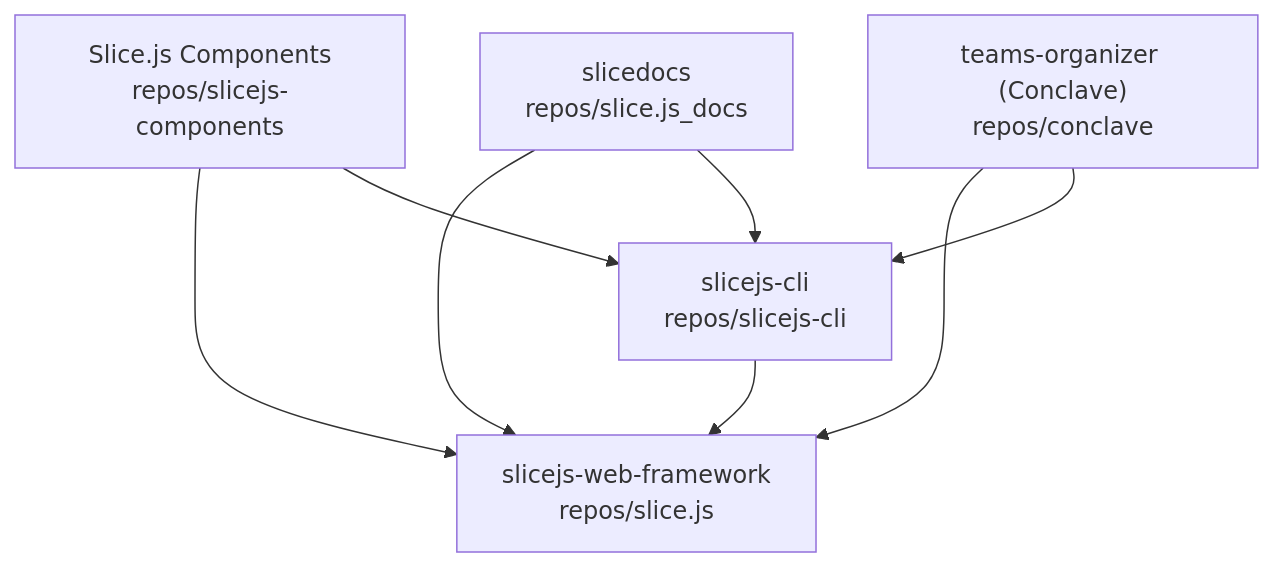
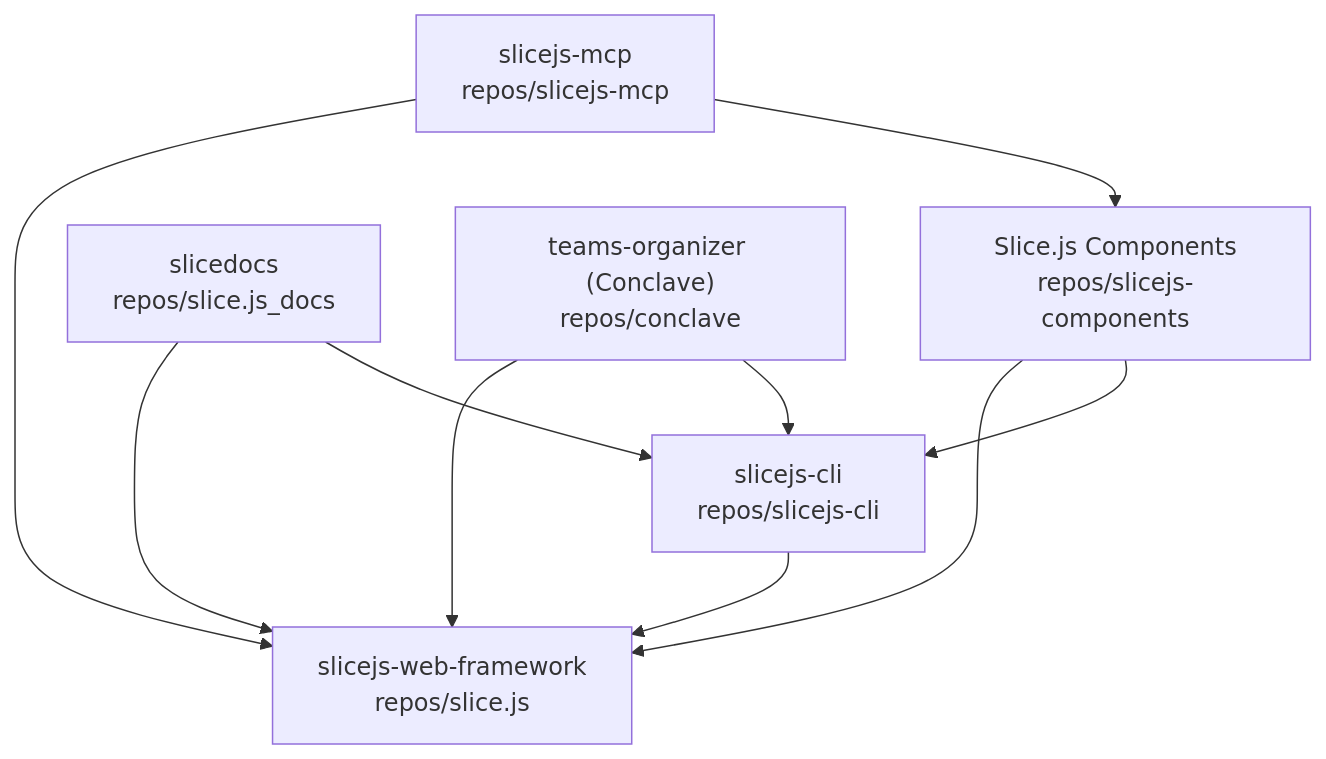
One commit to VKneider/slicejs-workspace changed the diagram in CONTEXT.md. Above: the diagram before and after it, drawn with Mermaid. The commit also changed other lines of this file and 9 other files, not shown here.

Commit message:
chore: add slicejs-mcp to the workspace

````diff
--- a/CONTEXT.md
+++ b/CONTEXT.md
@@ -39,16 +40,19 @@
 ```mermaid
 graph TD
   FW["slicejs-web-framework<br/>repos/slice.js"]
   CLI["slicejs-cli<br/>repos/slicejs-cli"]
   VL["Slice.js Components<br/>repos/slicejs-components"]
+  MCP["slicejs-mcp<br/>repos/slicejs-mcp"]
   DOCS["slicedocs<br/>repos/slice.js_docs"]
   CON["teams-organizer (Conclave)<br/>repos/conclave"]
 
   CLI --> FW
   VL --> FW
   VL --> CLI
+  MCP --> FW
+  MCP --> VL
   DOCS --> FW
   DOCS --> CLI
   CON --> FW
   CON --> CLI
 ```
````
